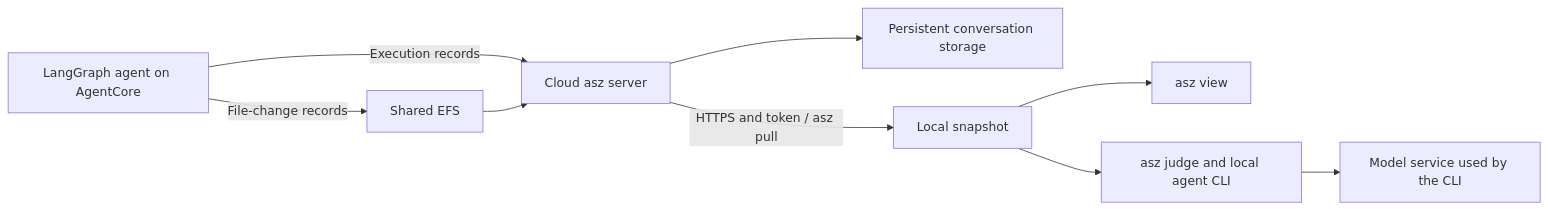
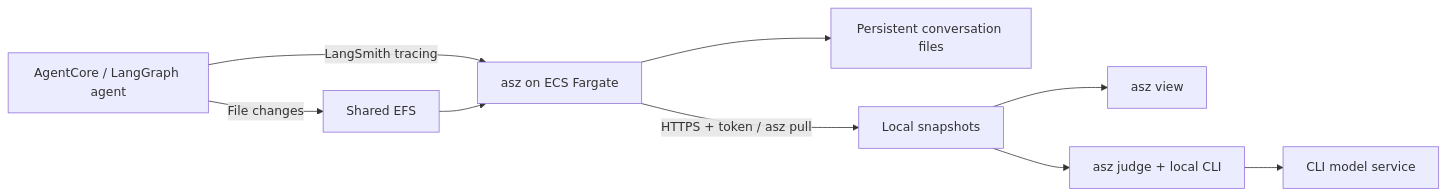
One commit to wu-sheng/aws-agentcore-asz-demo changed the diagram in docs/blog/pull-judge/en.md. Above: the diagram before and after it, drawn with Mermaid. The commit also changed other lines of this file and 6 other files, not shown here.

Commit message:
Document cloud pull and local judge experiment results

````diff
--- a/docs/blog/pull-judge/en.md
+++ b/docs/blog/pull-judge/en.md
@@ -23,11 +25,11 @@
 ```mermaid
 flowchart LR
-  A[LangGraph agent on AgentCore] -->|Execution records| S[Cloud asz server]
-  A -->|File-change records| E[Shared EFS]
+  A[AgentCore / LangGraph agent] -->|LangSmith tracing| S[asz on ECS Fargate]
+  A -->|File changes| E[Shared EFS]
   E --> S
-  S --> D[Persistent conversation storage]
-  S -->|HTTPS and token / asz pull| L[Local snapshot]
+  S --> D[Persistent conversation files]
+  S -->|HTTPS + token / asz pull| L[Local snapshots]
   L --> V[asz view]
-  L --> J[asz judge and local agent CLI]
-  J --> M[Model service used by the CLI]
+  L --> J[asz judge + local CLI]
+  J --> M[CLI model service]
 ```
````
